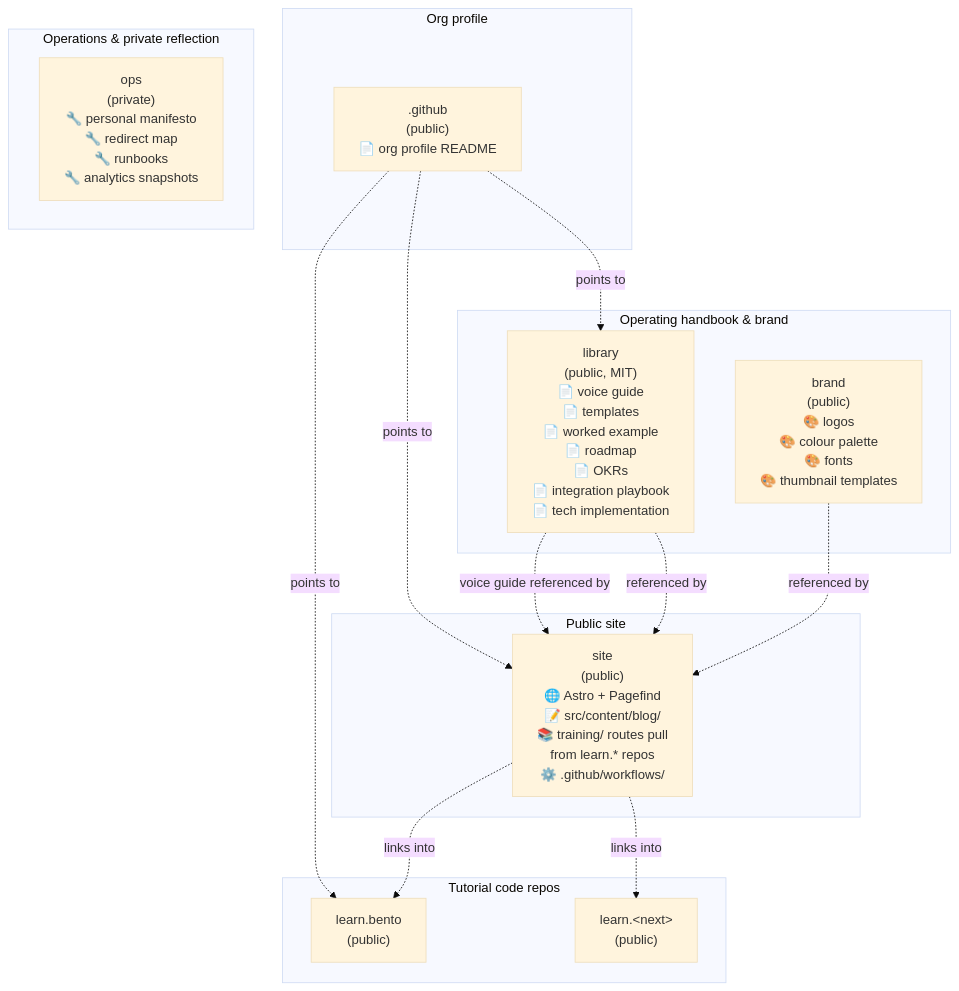
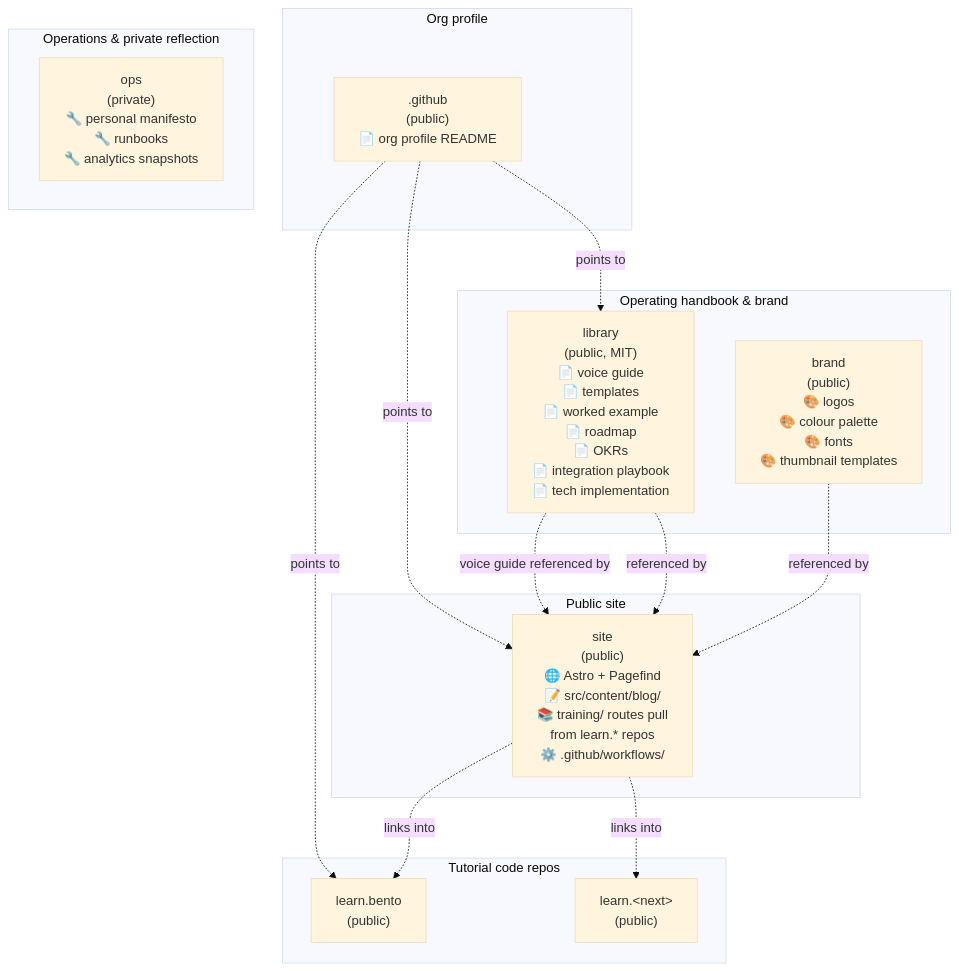
Before and after one commit to hungovercoders/library: the second of 5 diagrams in reference/technical-implementation.md, drawn with Mermaid (base theme). The commit also changed other lines of this file, not shown here.

First line of the commit message:
docs: move blog-redirect-worker out of ops into site/redirects/

````diff
--- a/reference/technical-implementation.md
+++ b/reference/technical-implementation.md
@@ -162,33 +162,33 @@
 ```mermaid
 flowchart TD
     subgraph profile_layer["Org profile"]
         DG[".github<br/>(public)<br/>📄 org profile README"]
     end
 
     subgraph content_layer["Operating handbook & brand"]
         CL["library<br/>(public, MIT)<br/>📄 voice guide<br/>📄 templates<br/>📄 worked example<br/>📄 roadmap<br/>📄 OKRs<br/>📄 integration playbook<br/>📄 tech implementation"]
         BR["brand<br/>(public)<br/>🎨 logos<br/>🎨 colour palette<br/>🎨 fonts<br/>🎨 thumbnail templates"]
     end
 
     subgraph site_layer["Public site"]
         SR["site<br/>(public)<br/>🌐 Astro + Pagefind<br/>📝 src/content/blog/<br/>📚 training/ routes pull<br/>from learn.* repos<br/>⚙️ .github/workflows/"]
     end
 
     subgraph tutorial_layer["Tutorial code repos"]
         T1["learn.bento<br/>(public)"]
         T2["learn.&lt;next&gt;<br/>(public)"]
     end
 
     subgraph ops_layer["Operations & private reflection"]
-        OR["ops<br/>(private)<br/>🔧 personal manifesto<br/>🔧 redirect map<br/>🔧 runbooks<br/>🔧 analytics snapshots"]
+        OR["ops<br/>(private)<br/>🔧 personal manifesto<br/>🔧 runbooks<br/>🔧 analytics snapshots"]
     end
 
     DG -.->|points to| CL
     DG -.->|points to| SR
     DG -.->|points to| T1
     CL -.->|voice guide referenced by| SR
     CL -.->|referenced by| SR
     BR -.->|referenced by| SR
     SR -.->|links into| T1
     SR -.->|links into| T2
 ```
````
